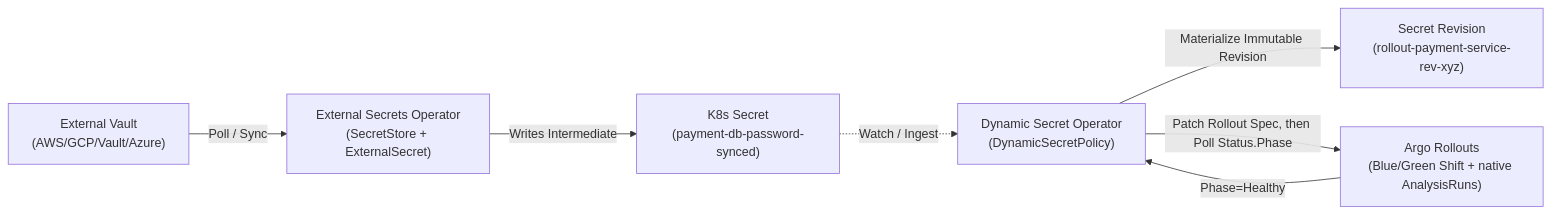
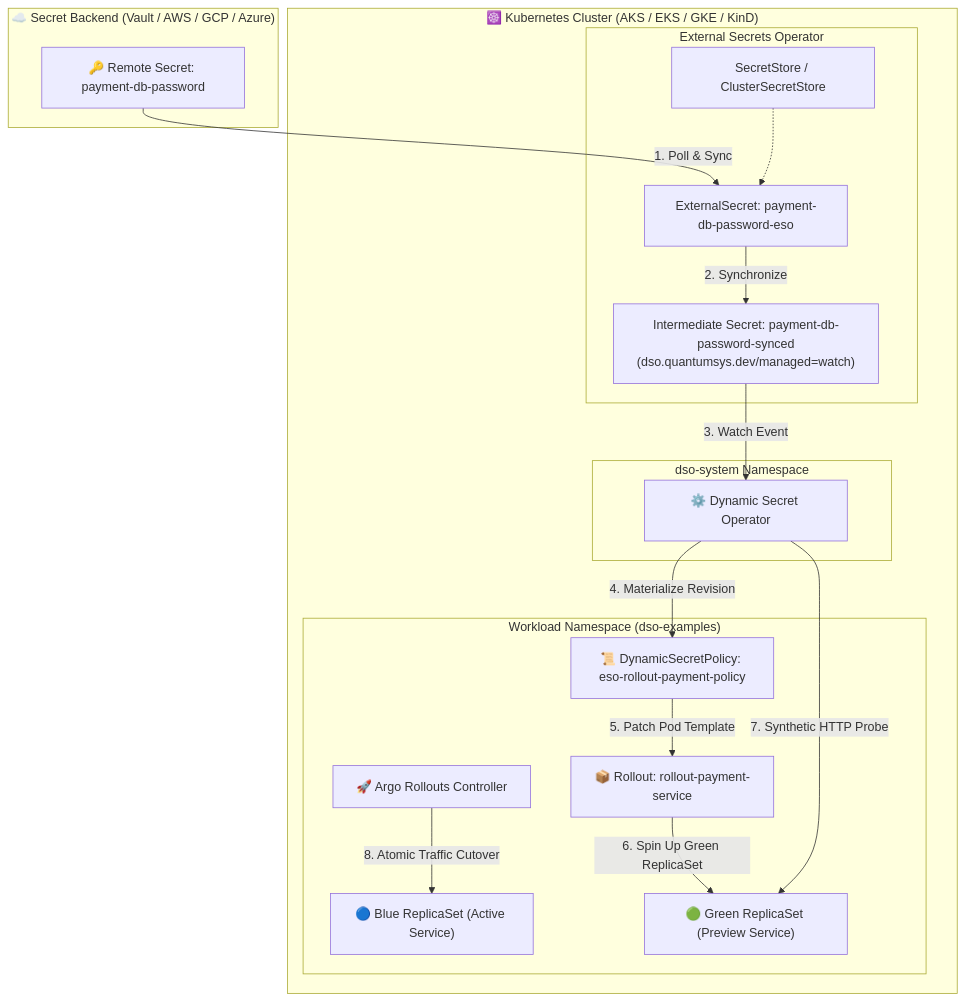
One commit to quantumsys-dev/dynamic-secret-operator changed the diagram in examples/eso/argo-rollouts-blue-green/README.md. Above: the diagram before and after it, drawn with Mermaid. The commit also changed other lines of this file and 88 other files, not shown here.

First line of the commit message:
docs: comprehensive provider triads, universal architecture guides, and test suite hardening (#75)

````diff
--- a/examples/eso/argo-rollouts-blue-green/README.md
+++ b/examples/eso/argo-rollouts-blue-green/README.md
@@ -9,9 +11,36 @@
 ```mermaid
-graph LR
-    Vault["External Vault<br/>(AWS/GCP/Vault/Azure)"] -->|Poll / Sync| ESO["External Secrets Operator<br/>(SecretStore + ExternalSecret)"]
-    ESO -->|Writes Intermediate| SyncSec["K8s Secret<br/>(payment-db-password-synced)"]
-    SyncSec -.->|Watch / Ingest| DSO["Dynamic Secret Operator<br/>(DynamicSecretPolicy)"]
-    DSO -->|Materialize Immutable Revision| RevSec["Secret Revision<br/>(rollout-payment-service-rev-xyz)"]
-    DSO -->|Patch Rollout Spec, then Poll Status.Phase| Rollout["Argo Rollouts<br/>(Blue/Green Shift + native AnalysisRuns)"]
-    Rollout -->|Phase=Healthy| DSO
+flowchart TD
+    subgraph SecretBackend ["☁️ Secret Backend (Vault / AWS / GCP / Azure)"]
+        STORE["🔑 Remote Secret: payment-db-password"]
+    end
+
+    subgraph K8sCluster ["☸️ Kubernetes Cluster (AKS / EKS / GKE / KinD)"]
+        subgraph ESOLayer ["External Secrets Operator"]
+            SS["SecretStore / ClusterSecretStore"]
+            ES["ExternalSecret: payment-db-password-eso"]
+            SYNC["Intermediate Secret: payment-db-password-synced\n(dso.quantumsys.dev/managed=watch)"]
+        end
+
+        subgraph DSOSystem ["dso-system Namespace"]
+            DSO["⚙️ Dynamic Secret Operator"]
+        end
+
+        subgraph RolloutNS ["Workload Namespace (dso-examples)"]
+            ARGO["🚀 Argo Rollouts Controller"]
+            ROLLOUT["📦 Rollout: rollout-payment-service"]
+            BLUE["🔵 Blue ReplicaSet (Active Service)"]
+            GREEN["🟢 Green ReplicaSet (Preview Service)"]
+            POLICY["📜 DynamicSecretPolicy: eso-rollout-payment-policy"]
+        end
+    end
+
+    STORE -->|"1. Poll & Sync"| ES
+    SS -.-> ES
+    ES -->|"2. Synchronize"| SYNC
+    SYNC -->|"3. Watch Event"| DSO
+    DSO -->|"4. Materialize Revision"| POLICY
+    POLICY -->|"5. Patch Pod Template"| ROLLOUT
+    ROLLOUT -->|"6. Spin Up Green ReplicaSet"| GREEN
+    DSO -->|"7. Synthetic HTTP Probe"| GREEN
+    ARGO -->|"8. Atomic Traffic Cutover"| BLUE
 ```
````
